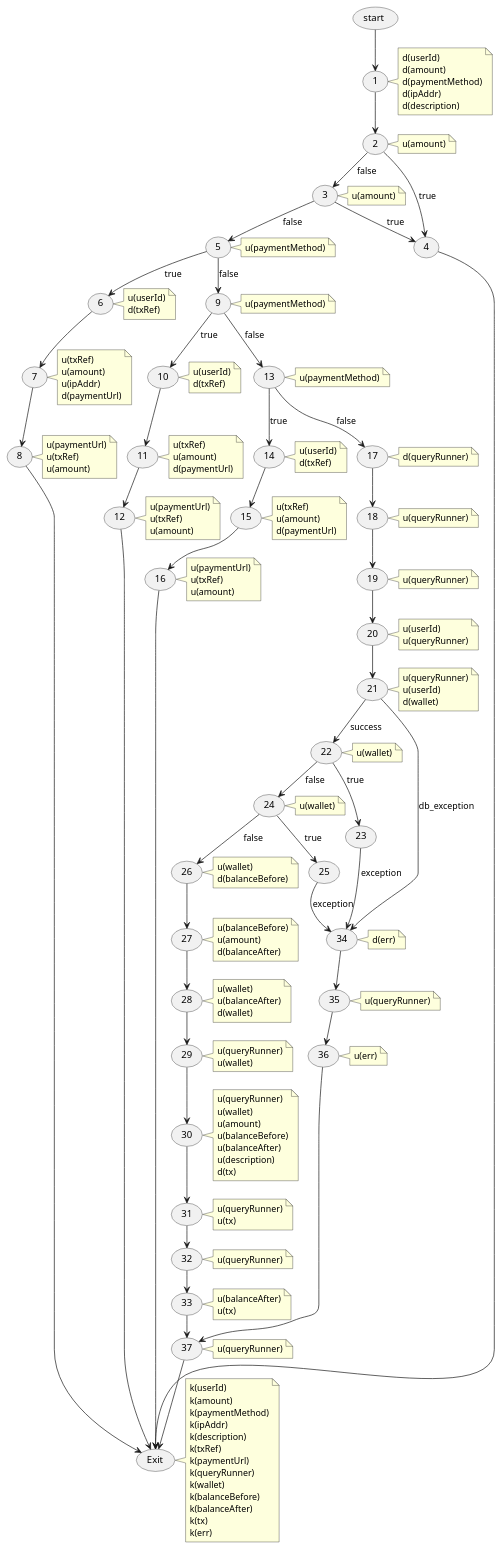
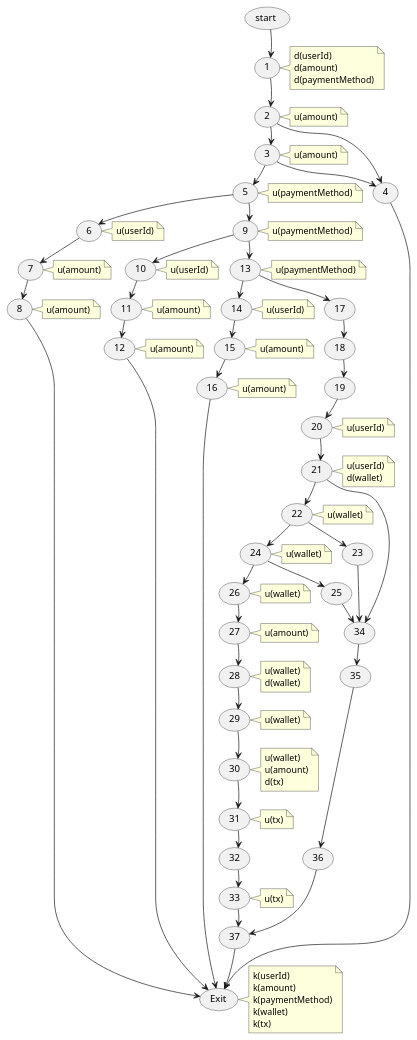
One commit to chuonghoai/MarketPlace changed the diagram in docs/white_box_testing/topup_wallet/05_data_flow_graph.puml. Above: the diagram before and after it, drawn with PlantUML. The commit also changed 65 other files, not shown here.

```diff
--- a/docs/white_box_testing/topup_wallet/05_data_flow_graph.puml
+++ b/docs/white_box_testing/topup_wallet/05_data_flow_graph.puml
@@ -1,146 +1,156 @@
 @startuml
 skinparam nodesep 15
 skinparam ranksep 25
 
 usecase "start" as start_node
 usecase "1" as n1
-note right of n1 : d(userId)\nd(amount)\nd(paymentMethod)\nd(ipAddr)\nd(description)
+note right of n1 : d(userId)\nd(amount)\nd(paymentMethod)
 usecase "2" as n2
 note right of n2 : u(amount)
 usecase "3" as n3
 note right of n3 : u(amount)
 usecase "4" as n4
 usecase "5" as n5
 note right of n5 : u(paymentMethod)
 usecase "6" as n6
-note right of n6 : u(userId)\nd(txRef)
+note right of n6 : u(userId)
 usecase "7" as n7
-note right of n7 : u(txRef)\nu(amount)\nu(ipAddr)\nd(paymentUrl)
+note right of n7 : u(amount)
 usecase "8" as n8
-note right of n8 : u(paymentUrl)\nu(txRef)\nu(amount)
+note right of n8 : u(amount)
 usecase "9" as n9
 note right of n9 : u(paymentMethod)
 usecase "10" as n10
-note right of n10 : u(userId)\nd(txRef)
+note right of n10 : u(userId)
 usecase "11" as n11
-note right of n11 : u(txRef)\nu(amount)\nd(paymentUrl)
+note right of n11 : u(amount)
 usecase "12" as n12
-note right of n12 : u(paymentUrl)\nu(txRef)\nu(amount)
+note right of n12 : u(amount)
 usecase "13" as n13
 note right of n13 : u(paymentMethod)
 usecase "14" as n14
-note right of n14 : u(userId)\nd(txRef)
+note right of n14 : u(userId)
 usecase "15" as n15
-note right of n15 : u(txRef)\nu(amount)\nd(paymentUrl)
+note right of n15 : u(amount)
 usecase "16" as n16
-note right of n16 : u(paymentUrl)\nu(txRef)\nu(amount)
+note right of n16 : u(amount)
 usecase "17" as n17
-note right of n17 : d(queryRunner)
 usecase "18" as n18
-note right of n18 : u(queryRunner)
 usecase "19" as n19
-note right of n19 : u(queryRunner)
 usecase "20" as n20
-note right of n20 : u(userId)\nu(queryRunner)
+note right of n20 : u(userId)
 usecase "21" as n21
-note right of n21 : u(queryRunner)\nu(userId)\nd(wallet)
+note right of n21 : u(userId)\nd(wallet)
 usecase "22" as n22
 note right of n22 : u(wallet)
 usecase "23" as n23
 usecase "24" as n24
 note right of n24 : u(wallet)
 usecase "25" as n25
 usecase "26" as n26
-note right of n26 : u(wallet)\nd(balanceBefore)
+note right of n26 : u(wallet)
 usecase "27" as n27
-note right of n27 : u(balanceBefore)\nu(amount)\nd(balanceAfter)
+note right of n27 : u(amount)
 usecase "28" as n28
-note right of n28 : u(wallet)\nu(balanceAfter)\nd(wallet)
+note right of n28 : u(wallet)\nd(wallet)
 usecase "29" as n29
-note right of n29 : u(queryRunner)\nu(wallet)
+note right of n29 : u(wallet)
 usecase "30" as n30
-note right of n30 : u(queryRunner)\nu(wallet)\nu(amount)\nu(balanceBefore)\nu(balanceAfter)\nu(description)\nd(tx)
+note right of n30 : u(wallet)\nu(amount)\nd(tx)
 usecase "31" as n31
-note right of n31 : u(queryRunner)\nu(tx)
+note right of n31 : u(tx)
 usecase "32" as n32
-note right of n32 : u(queryRunner)
 usecase "33" as n33
-note right of n33 : u(balanceAfter)\nu(tx)
+note right of n33 : u(tx)
 usecase "34" as n34
-note right of n34 : d(err)
 usecase "35" as n35
-note right of n35 : u(queryRunner)
 usecase "36" as n36
-note right of n36 : u(err)
 usecase "37" as n37
-note right of n37 : u(queryRunner)
 usecase "Exit" as end_node
-note right of end_node : k(userId)\nk(amount)\nk(paymentMethod)\nk(ipAddr)\nk(description)\nk(txRef)\nk(paymentUrl)\nk(queryRunner)\nk(wallet)\nk(balanceBefore)\nk(balanceAfter)\nk(tx)\nk(err)
+note right of end_node : k(userId)\nk(amount)\nk(paymentMethod)\nk(wallet)\nk(tx)
+
+start_node -[hidden]down-> n1
+n1 -[hidden]down-> n2
+n2 -[hidden]down-> n3
+n3 -[hidden]down-> n5
+n5 -[hidden]down-> n9
+n9 -[hidden]down-> n13
+n13 -[hidden]down-> n17
+n17 -[hidden]down-> n18
+n18 -[hidden]down-> n19
+n19 -[hidden]down-> n20
+n20 -[hidden]down-> n21
+n21 -[hidden]down-> n22
+n22 -[hidden]down-> n24
+n24 -[hidden]down-> n26
+n26 -[hidden]down-> n27
+n27 -[hidden]down-> n28
+n28 -[hidden]down-> n29
+n29 -[hidden]down-> n30
+n30 -[hidden]down-> n31
+n31 -[hidden]down-> n32
+n32 -[hidden]down-> n33
+n33 -[hidden]down-> n37
+n37 -[hidden]down-> end_node
 
 start_node --> n1
 n1 --> n2
 
-n2 --> n4 : true
-n2 --> n3 : false
+n2 --> n3
+n2 --> n4
 
-n3 --> n4 : true
-n3 --> n5 : false
+n3 --> n5
+n3 --> n4
 
 n4 --> end_node
 
-n5 --> n6 : true
-n5 --> n9 : false
-
+n5 --> n6
+n5 --> n9
 n6 --> n7
 n7 --> n8
 n8 --> end_node
 
-n9 --> n10 : true
-n9 --> n13 : false
-
+n9 --> n10
+n9 --> n13
 n10 --> n11
 n11 --> n12
 n12 --> end_node
 
-n13 --> n14 : true
-n13 --> n17 : false
-
+n13 --> n14
+n13 --> n17
 n14 --> n15
 n15 --> n16
 n16 --> end_node
 
 n17 --> n18
 n18 --> n19
 n19 --> n20
 n20 --> n21
 
-n21 --> n22 : success
-n21 --> n34 : db_exception
+n21 --> n22
+n21 --> n34
 
-n22 --> n23 : true
-n22 --> n24 : false
+n22 --> n24
+n22 --> n23
+n23 --> n34
 
-n23 --> n34 : exception
-
-n24 --> n25 : true
-n24 --> n26 : false
-
-n25 --> n34 : exception
+n24 --> n26
+n24 --> n25
+n25 --> n34
 
 n26 --> n27
 n27 --> n28
 n28 --> n29
 n29 --> n30
 n30 --> n31
 n31 --> n32
 n32 --> n33
-
 n33 --> n37
 
 n34 --> n35
 n35 --> n36
 n36 --> n37
 
 n37 --> end_node
 
 @enduml
```
